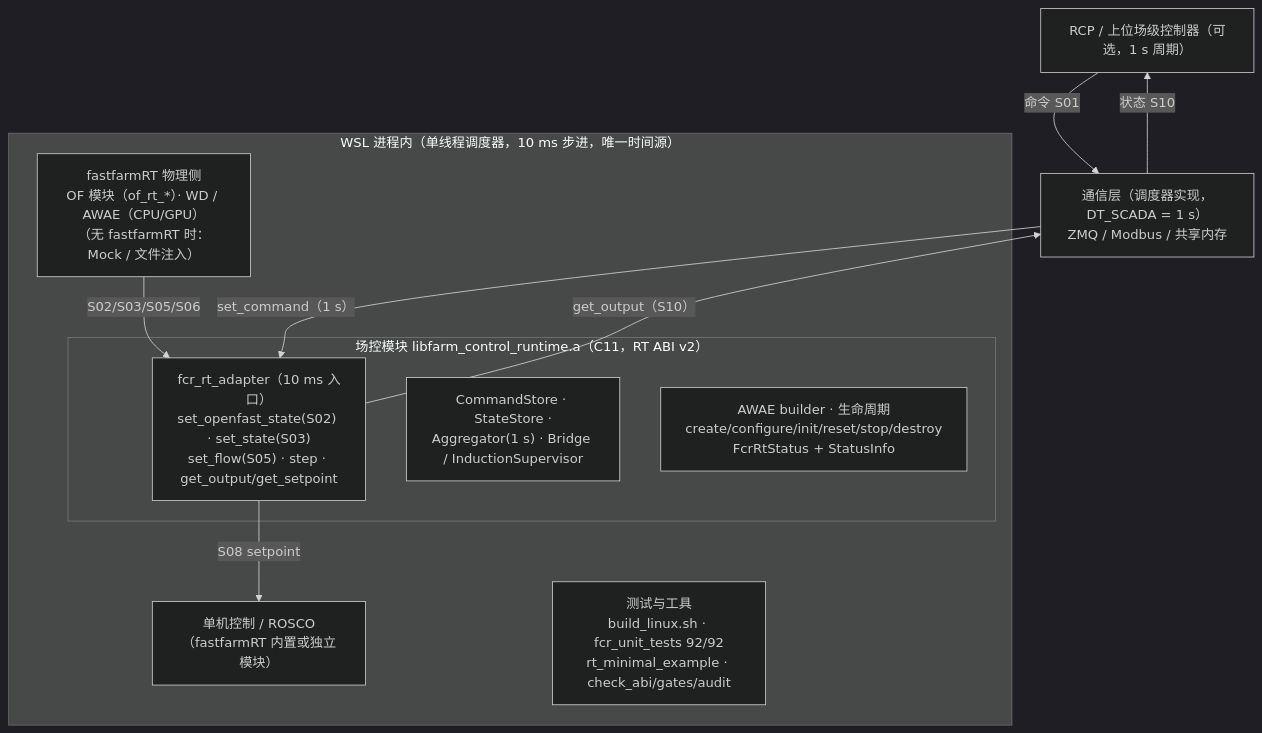
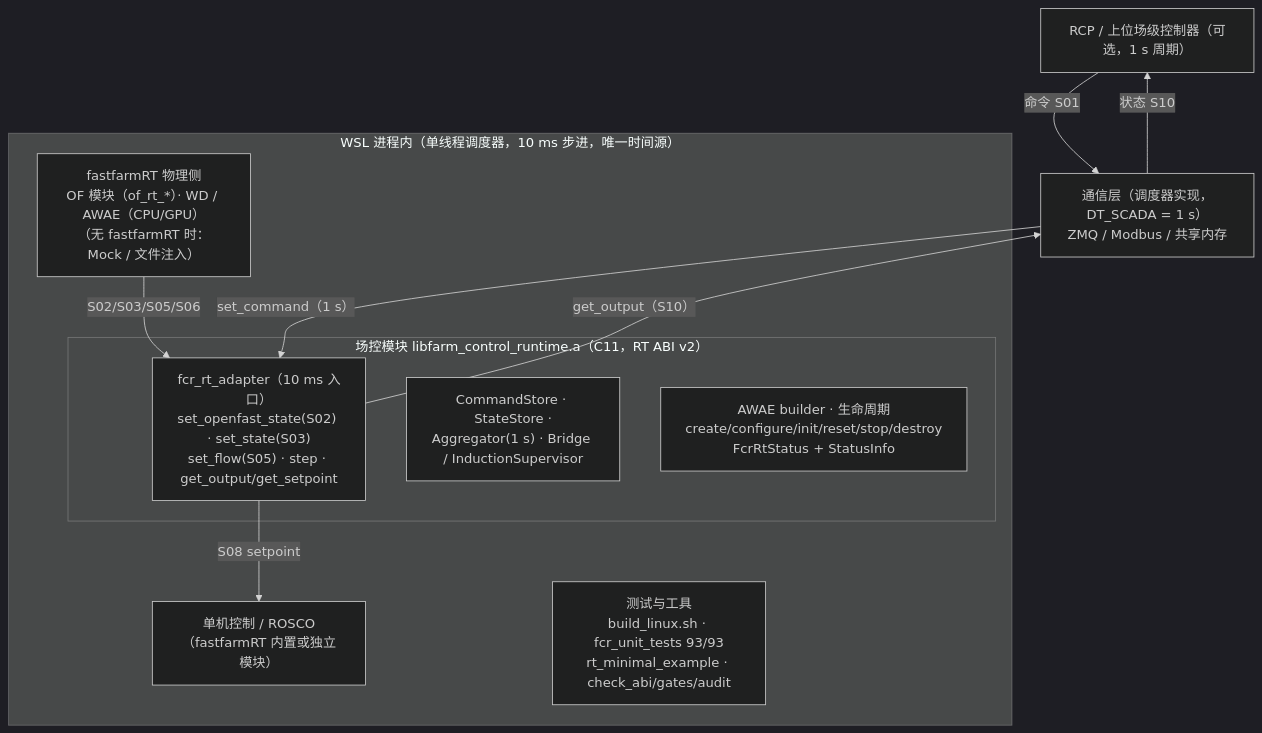
One commit to FreemanBIT/wfcrl-env-HRL changed the second of 2 diagrams in farm_control_runtime/docs/ARCHITECTURE_DIAGRAMS.md. Above: the diagram before and after it, drawn with Mermaid (dark theme). The commit also changed other lines of this file and 31 other files, not shown here.

````diff
--- a/farm_control_runtime/docs/ARCHITECTURE_DIAGRAMS.md
+++ b/farm_control_runtime/docs/ARCHITECTURE_DIAGRAMS.md
@@ -65,21 +65,21 @@
 ```mermaid
 flowchart TB
   RCP["RCP / 上位场级控制器（可选，1 s 周期）"]
   COMM["通信层（调度器实现，DT_SCADA = 1 s）<br/>ZMQ / Modbus / 共享内存"]
   subgraph WSL["WSL 进程内（单线程调度器，10 ms 步进，唯一时间源）"]
     SRC["fastfarmRT 物理侧<br/>OF 模块（of_rt_*）· WD / AWAE（CPU/GPU）<br/>（无 fastfarmRT 时：Mock / 文件注入）"]
     subgraph MOD["场控模块 libfarm_control_runtime.a（C11，RT ABI v2）"]
       A["fcr_rt_adapter（10 ms 入口）<br/>set_openfast_state(S02) · set_state(S03)<br/>set_flow(S05) · step · get_output/get_setpoint"]
       B["CommandStore · StateStore ·<br/>Aggregator(1 s) · Bridge / InductionSupervisor"]
       C["AWAE builder · 生命周期<br/>create/configure/init/reset/stop/destroy<br/>FcrRtStatus + StatusInfo"]
     end
     CTRL["单机控制 / ROSCO<br/>（fastfarmRT 内置或独立模块）"]
-    T["测试与工具<br/>build_linux.sh · fcr_unit_tests 92/92<br/>rt_minimal_example · check_abi/gates/audit"]
+    T["测试与工具<br/>build_linux.sh · fcr_unit_tests 93/93<br/>rt_minimal_example · check_abi/gates/audit"]
   end
   RCP -->|"命令 S01"| COMM
   COMM -->|"set_command（1 s）"| A
   A -->|"get_output（S10）"| COMM
   COMM -->|"状态 S10"| RCP
   SRC -->|"S02/S03/S05/S06"| A
   A -->|"S08 setpoint"| CTRL
 ```
````
